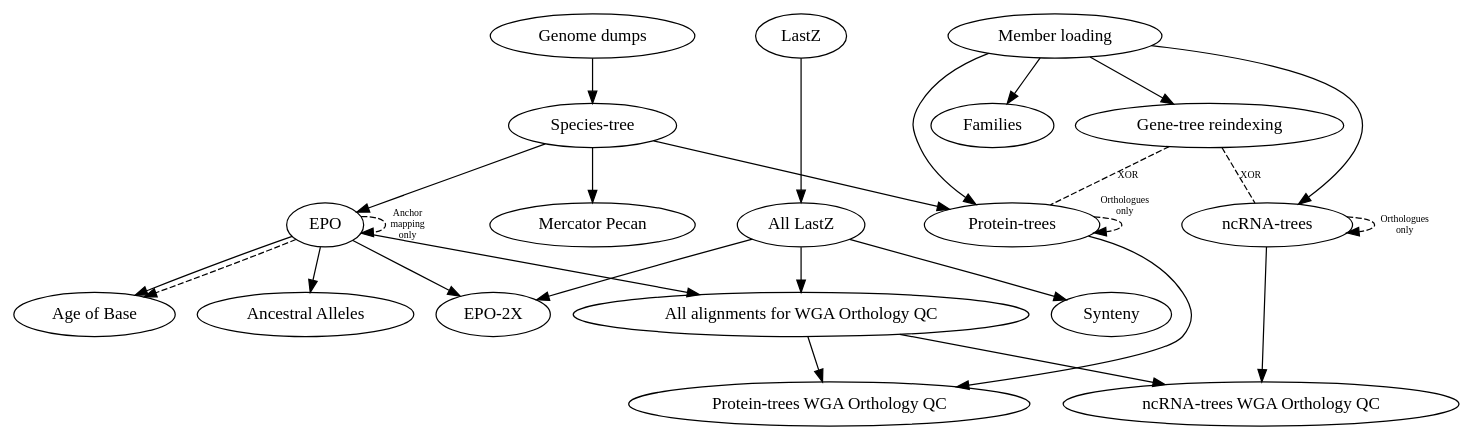
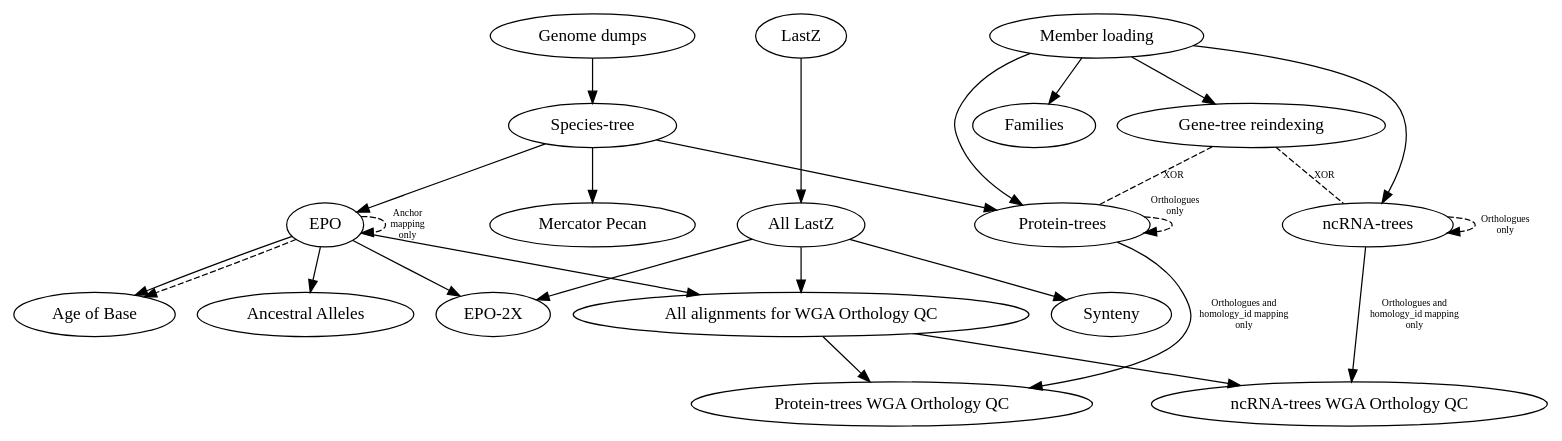
The diagram in scripts/jira_tickets/compara_merged.dot (Ensembl/ensembl-compara), drawn with Graphviz before and after one commit.

Commit message:
Added some labels to explain what we need before starting WGA

```diff
--- a/scripts/jira_tickets/compara_merged.dot
+++ b/scripts/jira_tickets/compara_merged.dot
@@ -1,22 +1,22 @@
 digraph {
     "Genome dumps" -> "Species-tree";
     "Species-tree" -> { "EPO", "Mercator Pecan", "Protein-trees" };
     {"EPO", "All LastZ"} -> "EPO-2X";
     "EPO" -> "Age of Base";
     "EPO" -> "Ancestral Alleles";
     "Member loading" -> { "Protein-trees", "ncRNA-trees", "Families", "Gene-tree reindexing" };
-    "Protein-trees" -> "Protein-trees WGA Orthology QC";
-    "ncRNA-trees" -> "ncRNA-trees WGA Orthology QC";
+    "Protein-trees" -> "Protein-trees WGA Orthology QC" [fontsize="8", label="Orthologues and\nhomology_id mapping\nonly"];
+    "ncRNA-trees" -> "ncRNA-trees WGA Orthology QC" [fontsize="8", label="Orthologues and\nhomology_id mapping\nonly"];
     {"All LastZ", "EPO"} -> "All alignments for WGA Orthology QC" -> {"Protein-trees WGA Orthology QC", "ncRNA-trees WGA Orthology QC"};
     "LastZ" -> "All LastZ" -> "Synteny";
 
     "Gene-tree reindexing" -> "ncRNA-trees" [style="dashed", dir=none, fontsize="8", label="XOR", headport="murinae:w", tailport="murinae:s"];
     "Gene-tree reindexing" -> "Protein-trees" [style="dashed", dir=none, fontsize="8", label="XOR", headport="murinae:e", tailport="murinae:s"];
     "EPO" -> "EPO" [style="dashed", fontsize="8", label="Anchor\nmapping\nonly", headport="Primates:e", tailport="Mammals:e"];
     "EPO" -> "Age of Base" [style="dashed", headport="Human:e", tailport="Mammals:w"];
     "Protein-trees" -> "Protein-trees" [style="dashed", fontsize="8", xlabel="Orthologues\nonly", headport="Murinae:w", tailport="Default vertebrates:w"];
     "ncRNA-trees" -> "ncRNA-trees" [style="dashed", fontsize="8", label="Orthologues\nonly", headport="Murinae:e", tailport="Default vertebrates:e"];
 
     // Helps laying out the graph
     {rank = same; "Genome dumps"; "LastZ"; "Member loading"; }
 }
```
